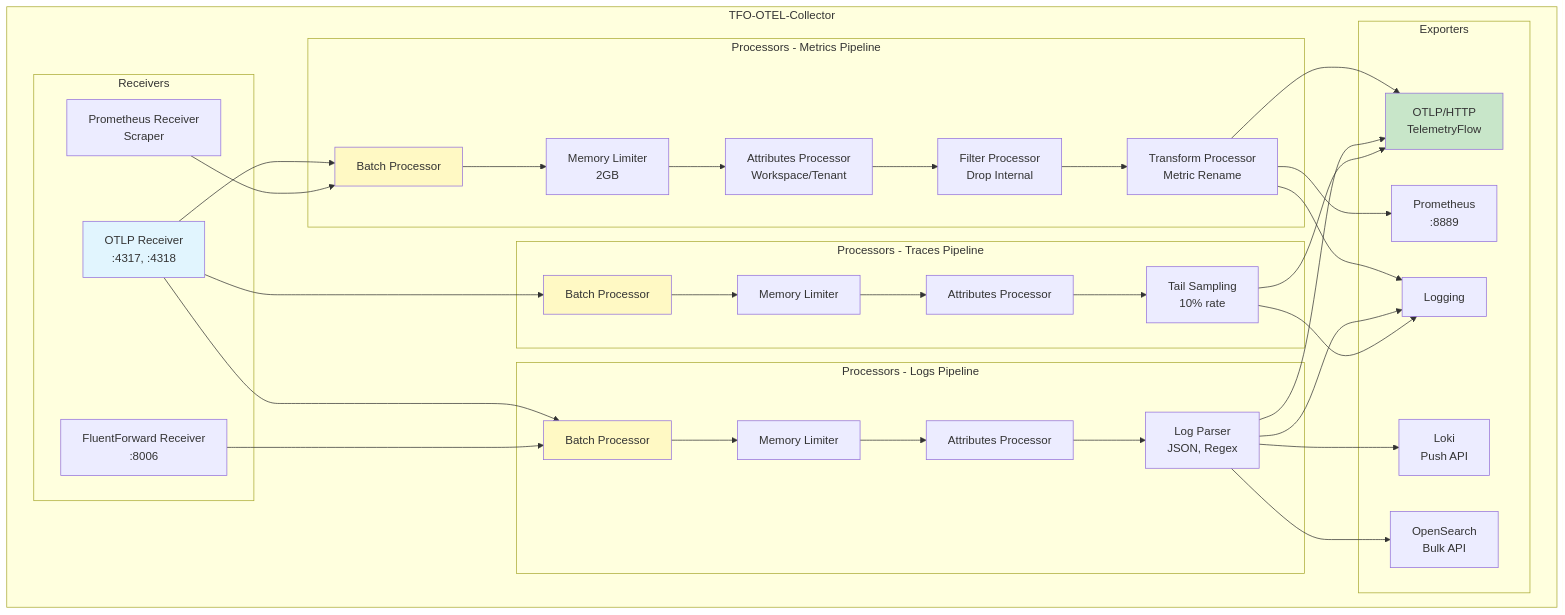
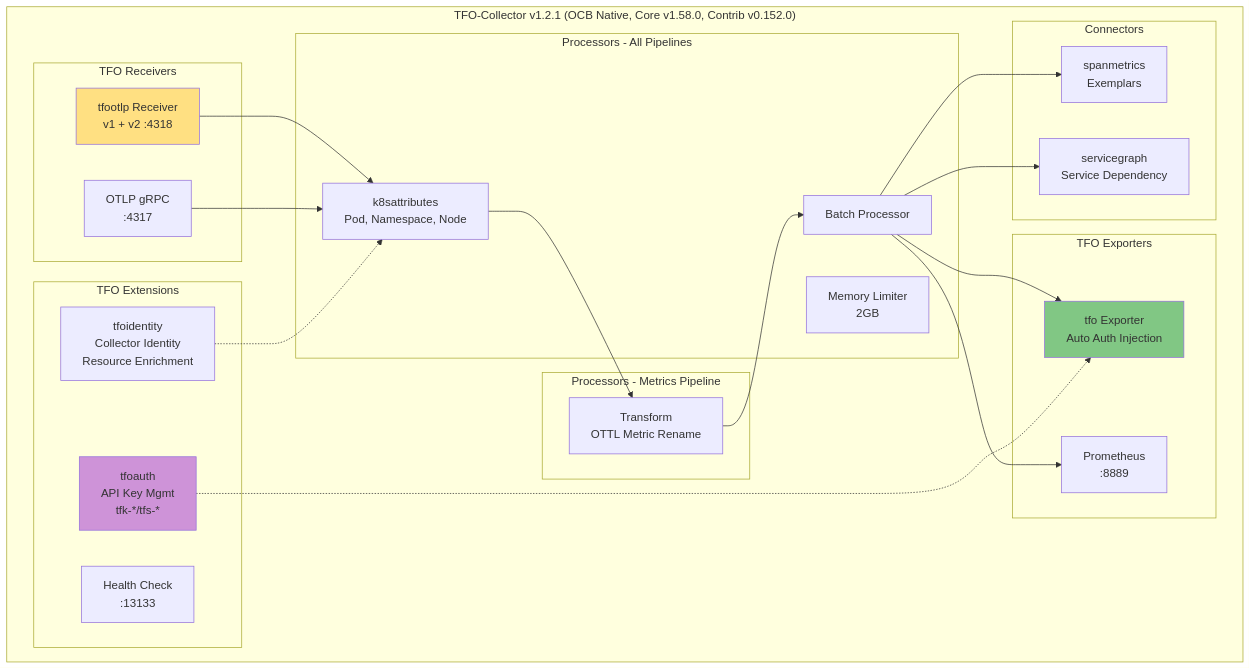
The third of 12 diagrams in tfo-otel/ARCHITECTURE.md (telemetryflow/telemetryflow-overview), drawn with Mermaid before and after one commit. The commit also changed other lines of this file and 68 other files, not shown here.

````diff
--- a/tfo-otel/ARCHITECTURE.md
+++ b/tfo-otel/ARCHITECTURE.md
@@ -155,66 +152,51 @@
 ```mermaid
 graph TB
-    subgraph "TFO-OTEL-Collector"
-        subgraph "Receivers"
-            RC_OTLP[OTLP Receiver<br/>:4317, :4318]
-            RC_PROM[Prometheus Receiver<br/>Scraper]
-            RC_FLUENT[FluentForward Receiver<br/>:8006]
+    subgraph "TFO-Collector v1.2.1 (OCB Native, Core v1.58.0, Contrib v0.152.0)"
+        subgraph "TFO Receivers"
+            RC_TFOOTLP[tfootlp Receiver<br/>v1 + v2 :4318]
+            RC_GRPC[OTLP gRPC<br/>:4317]
+        end
+
+        subgraph "Processors - All Pipelines"
+            P_K8S[k8sattributes<br/>Pod, Namespace, Node]
+            P_BATCH[Batch Processor]
+            P_MEM[Memory Limiter<br/>2GB]
         end
 
         subgraph "Processors - Metrics Pipeline"
-            PM_BATCH[Batch Processor]
-            PM_MEM[Memory Limiter<br/>2GB]
-            PM_ATTR[Attributes Processor<br/>Workspace/Tenant]
-            PM_FILTER[Filter Processor<br/>Drop Internal]
-            PM_TRANS[Transform Processor<br/>Metric Rename]
+            PM_TRANSFORM[Transform<br/>OTTL Metric Rename]
         end
 
-        subgraph "Processors - Logs Pipeline"
-            PL_BATCH[Batch Processor]
-            PL_MEM[Memory Limiter]
-            PL_ATTR[Attributes Processor]
-            PL_PARSE[Log Parser<br/>JSON, Regex]
+        subgraph "TFO Extensions"
+            EXT_AUTH[tfoauth<br/>API Key Mgmt<br/>tfk-*/tfs-*]
+            EXT_ID[tfoidentity<br/>Collector Identity<br/>Resource Enrichment]
+            EXT_HEALTH[Health Check<br/>:13133]
         end
 
-        subgraph "Processors - Traces Pipeline"
-            PT_BATCH[Batch Processor]
-            PT_MEM[Memory Limiter]
-            PT_ATTR[Attributes Processor]
-            PT_SAMPLE[Tail Sampling<br/>10% rate]
+        subgraph "TFO Exporters"
+            EM_TFO[tfo Exporter<br/>Auto Auth Injection]
+            EM_PROM[Prometheus<br/>:8889]
         end
 
-        subgraph "Exporters"
-            EM_TFO[OTLP/HTTP<br/>TelemetryFlow]
-            EM_PROM[Prometheus<br/>:8889]
-            EM_LOKI[Loki<br/>Push API]
-            EM_OS[OpenSearch<br/>Bulk API]
-            EM_LOG[Logging]
+        subgraph "Connectors"
+            CONN_SM[spanmetrics<br/>Exemplars]
+            CONN_SG[servicegraph<br/>Service Dependency]
         end
     end
 
-    RC_OTLP --> PM_BATCH
-    RC_PROM --> PM_BATCH
-    PM_BATCH --> PM_MEM --> PM_ATTR --> PM_FILTER --> PM_TRANS
-    PM_TRANS --> EM_TFO
-    PM_TRANS --> EM_PROM
-    PM_TRANS --> EM_LOG
+    RC_TFOOTLP --> P_K8S
+    RC_GRPC --> P_K8S
+    P_K8S --> PM_TRANSFORM
+    PM_TRANSFORM --> P_BATCH
+    P_BATCH --> EM_TFO
+    P_BATCH --> EM_PROM
+    P_BATCH --> CONN_SM
+    P_BATCH --> CONN_SG
 
-    RC_OTLP --> PL_BATCH
-    RC_FLUENT --> PL_BATCH
-    PL_BATCH --> PL_MEM --> PL_ATTR --> PL_PARSE
-    PL_PARSE --> EM_TFO
-    PL_PARSE --> EM_LOKI
-    PL_PARSE --> EM_OS
-    PL_PARSE --> EM_LOG
+    EXT_AUTH -.-> EM_TFO
+    EXT_ID -.-> P_K8S
 
-    RC_OTLP --> PT_BATCH
-    PT_BATCH --> PT_MEM --> PT_ATTR --> PT_SAMPLE
-    PT_SAMPLE --> EM_TFO
-    PT_SAMPLE --> EM_LOG
-
-    style RC_OTLP fill:#E1F5FE
-    style PM_BATCH fill:#FFF9C4
-    style PL_BATCH fill:#FFF9C4
-    style PT_BATCH fill:#FFF9C4
-    style EM_TFO fill:#C8E6C9
+    style RC_TFOOTLP fill:#FFE082
+    style EXT_AUTH fill:#CE93D8
+    style EM_TFO fill:#81C784
 ```
````
